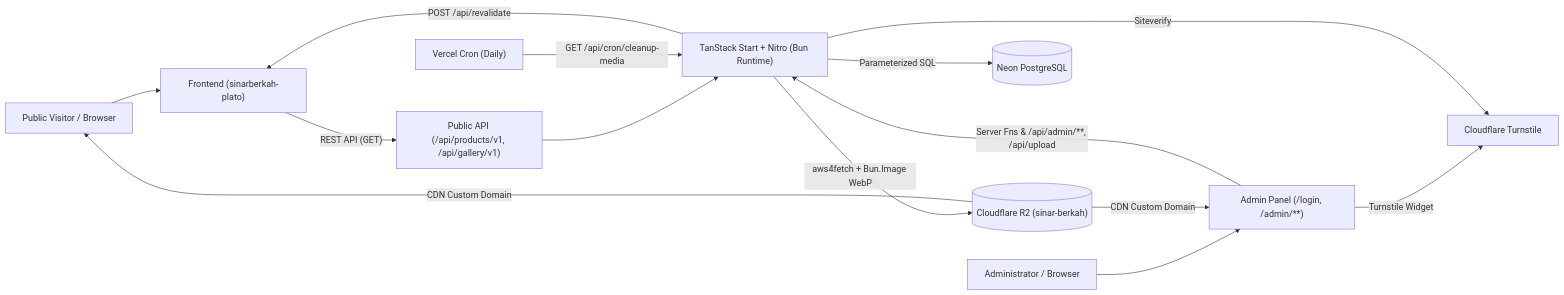
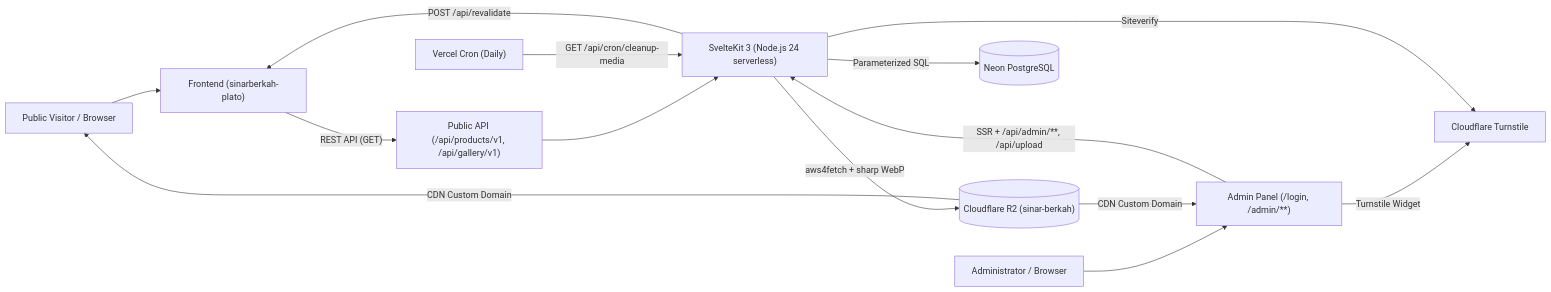
One commit to rflishrl/sinarberkah-backend changed the diagram in README.md. Above: the diagram before and after it, drawn with Mermaid. The commit also changed other lines of this file and 329 other files, not shown here.

Commit message:
chore: migrate sinarberkah-backend from TanStack Start to SvelteKit 3

````diff
--- a/README.md
+++ b/README.md
@@ -29,20 +26,20 @@
 ```mermaid
 flowchart LR
     Visitor["Public Visitor / Browser"] --> Frontend["Frontend (sinarberkah-plato)"]
     Admin["Administrator / Browser"] --> AdminUI["Admin Panel (/login, /admin/**)"]
 
     Frontend -- "REST API (GET)" --> PublicAPI["Public API (/api/products/v1, /api/gallery/v1)"]
-    AdminUI -- "Server Fns & /api/admin/**, /api/upload" --> Backend["TanStack Start + Nitro (Bun Runtime)"]
+    AdminUI -- "SSR + /api/admin/**, /api/upload" --> Backend["SvelteKit 3 (Node.js 24 serverless)"]
     PublicAPI --> Backend
 
     AdminUI -- "Turnstile Widget" --> Turnstile["Cloudflare Turnstile"]
     Backend -- "Siteverify" --> Turnstile
 
     Backend -- "Parameterized SQL" --> Neon[("Neon PostgreSQL")]
-    Backend -- "aws4fetch + Bun.Image WebP" --> R2[("Cloudflare R2 (sinar-berkah)")]
+    Backend -- "aws4fetch + sharp WebP" --> R2[("Cloudflare R2 (sinar-berkah)")]
     R2 -- "CDN Custom Domain" --> Visitor
     R2 -- "CDN Custom Domain" --> AdminUI
 
     Backend -- "POST /api/revalidate" --> Frontend
     Cron["Vercel Cron (Daily)"] -- "GET /api/cron/cleanup-media" --> Backend
 ```
````
